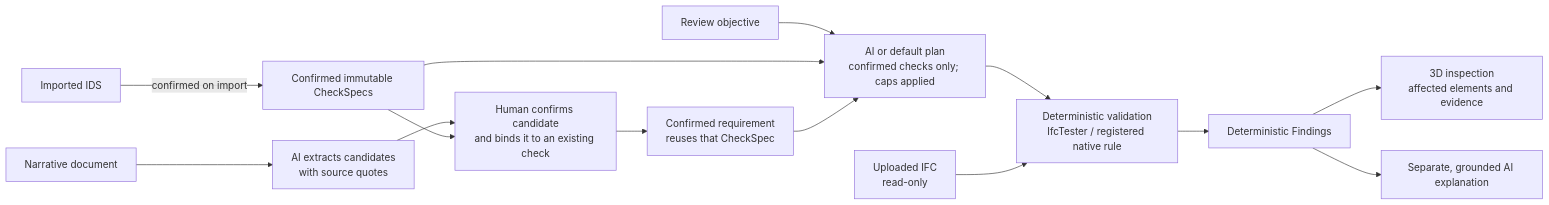
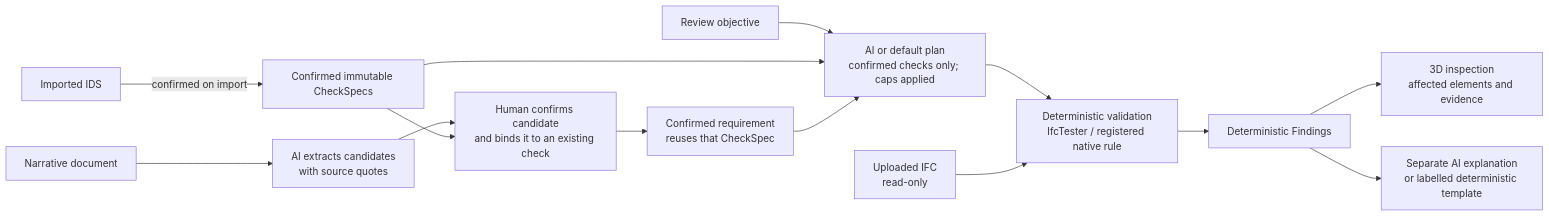
One commit to natnew/BIM-Intelligence changed the second of 2 diagrams in README.md. Above: the diagram before and after it, drawn with Mermaid. The commit also changed other lines of this file and 12 other files, not shown here.

````diff
--- a/README.md
+++ b/README.md
@@ -91,16 +99,16 @@
 ```mermaid
 flowchart LR
     IDS["Imported IDS"] -->|confirmed on import| CHECKS["Confirmed immutable CheckSpecs"]
     TEXT["Narrative document"] --> AI["AI extracts candidates<br/>with source quotes"]
     AI --> HUMAN["Human confirms candidate<br/>and binds it to an existing check"]
     CHECKS --> HUMAN
     HUMAN --> BOUND["Confirmed requirement<br/>reuses that CheckSpec"]
     OBJECTIVE["Review objective"] --> PLAN["AI or default plan<br/>confirmed checks only; caps applied"]
     CHECKS --> PLAN
     BOUND --> PLAN
     PLAN --> VALIDATE["Deterministic validation<br/>IfcTester / registered native rule"]
     IFC["Uploaded IFC<br/>read-only"] --> VALIDATE
     VALIDATE --> FINDINGS["Deterministic Findings"]
     FINDINGS --> VIEW["3D inspection<br/>affected elements and evidence"]
-    FINDINGS --> EXPLANATION["Separate, grounded AI explanation"]
+    FINDINGS --> EXPLANATION["Separate AI explanation<br/>or labelled deterministic template"]
 ```
````
